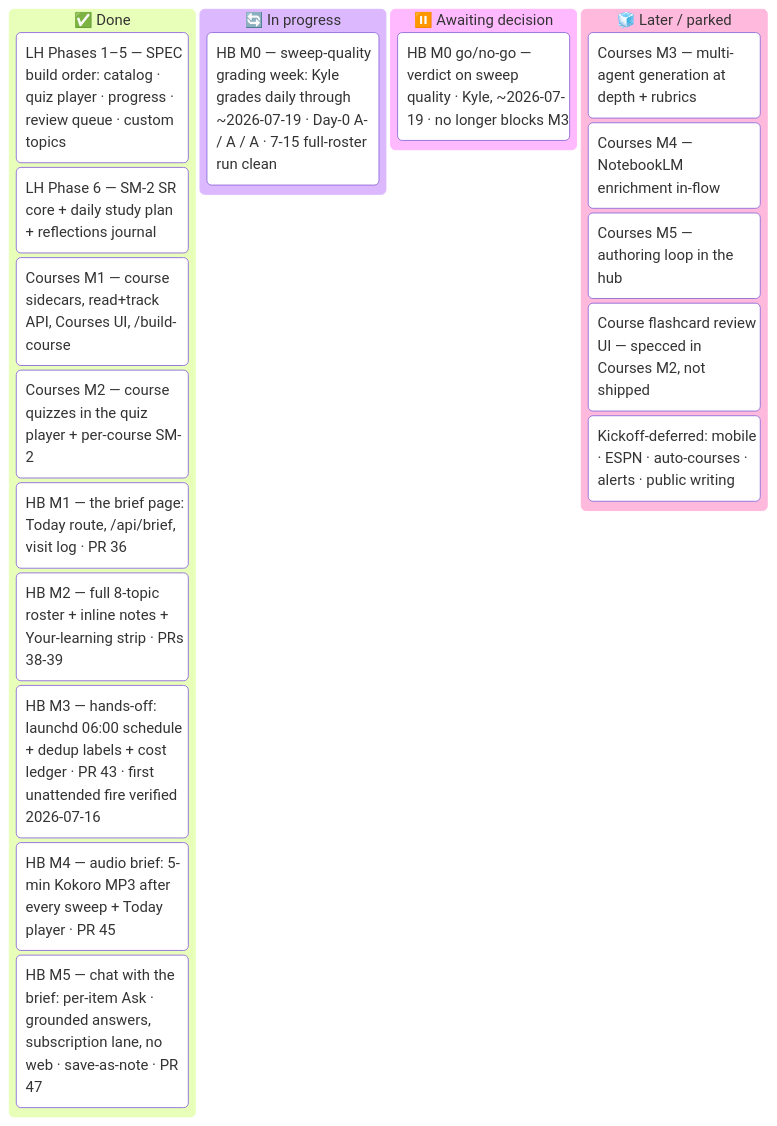
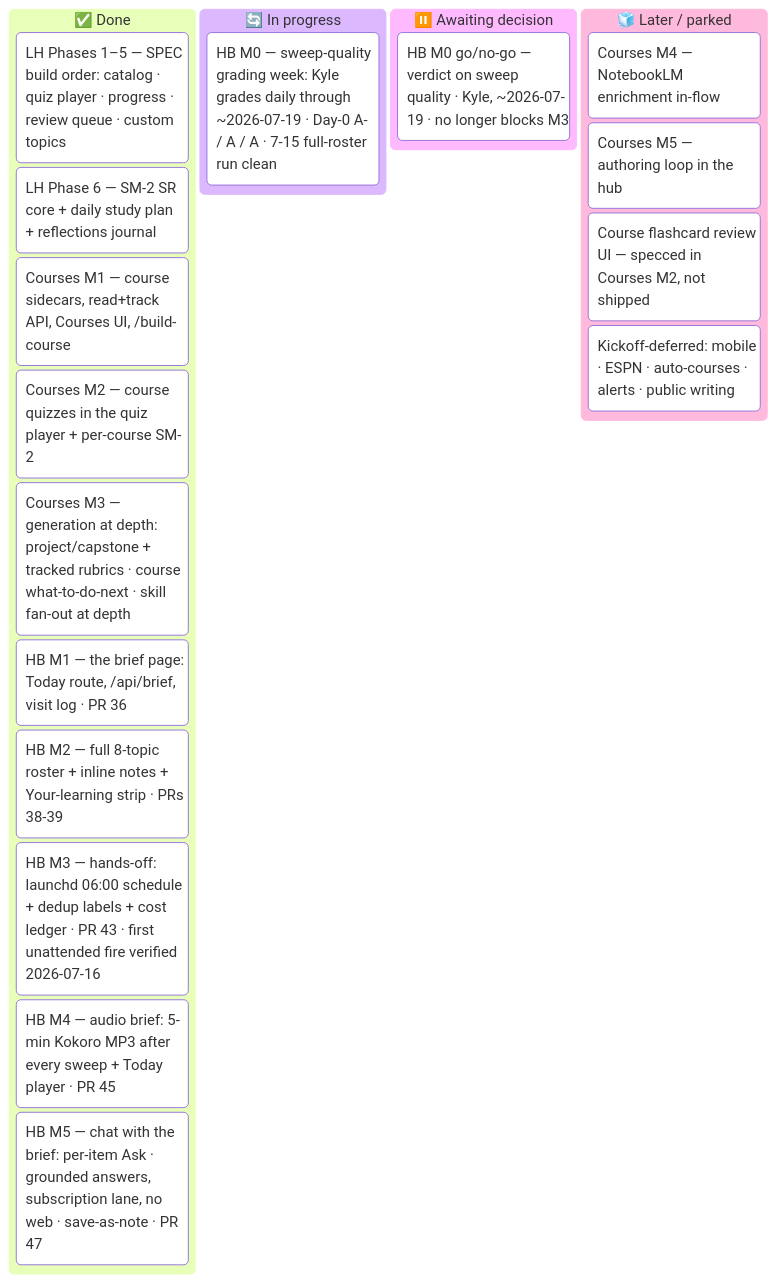
Before and after one commit to ksdisch/home-base: the diagram in docs/MASTER_PLAN.md, drawn with Mermaid. The commit also changed other lines of this file and 22 other files, not shown here.

First line of the commit message:
feat(courses): M3 — generation at depth (project/capstone + tracked rubrics, course what-to-do-next, skill fan-out)

````diff
--- a/docs/MASTER_PLAN.md
+++ b/docs/MASTER_PLAN.md
@@ -38,23 +39,23 @@
 ```mermaid
 kanban
   done["✅ Done"]
     lh15["LH Phases 1–5 — SPEC build order: catalog · quiz player · progress · review queue · custom topics"]
     lh6["LH Phase 6 — SM-2 SR core + daily study plan + reflections journal"]
     lh7["Courses M1 — course sidecars, read+track API, Courses UI, /build-course"]
     lh7m2["Courses M2 — course quizzes in the quiz player + per-course SM-2"]
+    lh7m3["Courses M3 — generation at depth: project/capstone + tracked rubrics · course what-to-do-next · skill fan-out at depth"]
     hbm1["HB M1 — the brief page: Today route, /api/brief, visit log · PR 36"]
     hbm2["HB M2 — full 8-topic roster + inline notes + Your-learning strip · PRs 38-39"]
     hbm3["HB M3 — hands-off: launchd 06:00 schedule + dedup labels + cost ledger · PR 43 · first unattended fire verified 2026-07-16"]
     hbm4["HB M4 — audio brief: 5-min Kokoro MP3 after every sweep + Today player · PR 45"]
     hbm5["HB M5 — chat with the brief: per-item Ask · grounded answers, subscription lane, no web · save-as-note · PR 47"]
   doing["🔄 In progress"]
     hbm0["HB M0 — sweep-quality grading week: Kyle grades daily through ~2026-07-19 · Day-0 A- / A / A · 7-15 full-roster run clean"]
   decide["⏸️ Awaiting decision"]
     hbm0verdict["HB M0 go/no-go — verdict on sweep quality · Kyle, ~2026-07-19 · no longer blocks M3"]
   later["🧊 Later / parked"]
-    cm3["Courses M3 — multi-agent generation at depth + rubrics"]
     cm4["Courses M4 — NotebookLM enrichment in-flow"]
     cm5["Courses M5 — authoring loop in the hub"]
     fcui["Course flashcard review UI — specced in Courses M2, not shipped"]
     defer["Kickoff-deferred: mobile · ESPN · auto-courses · alerts · public writing"]
 ```
````
